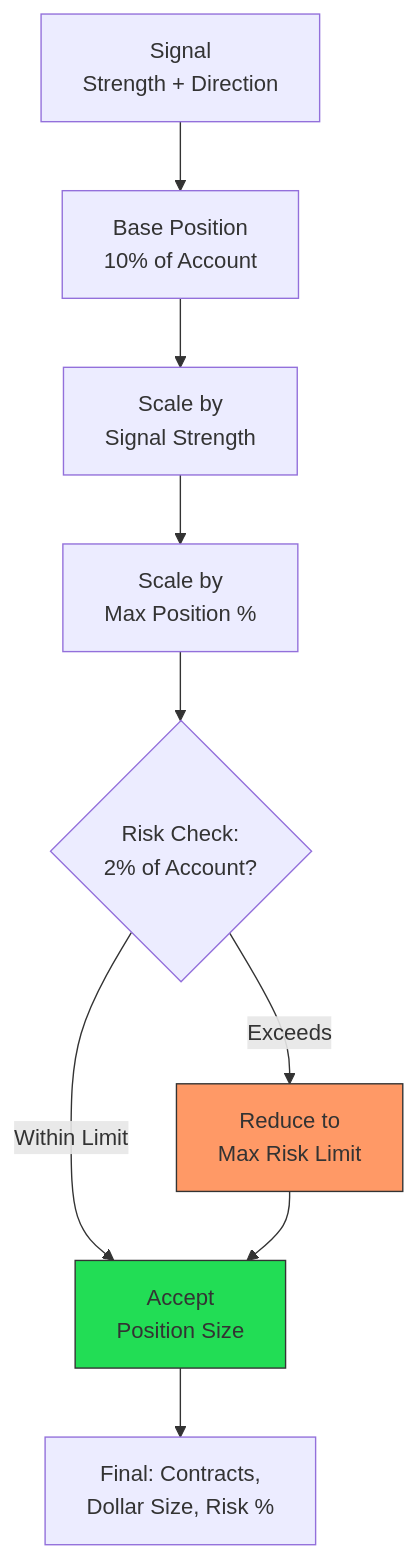
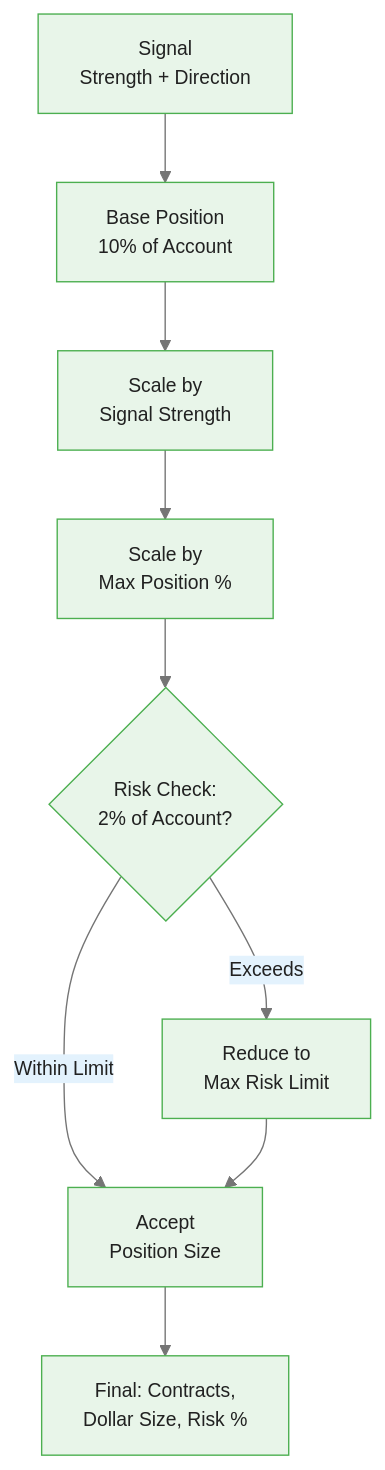
Before and after one commit to m-deane/course-creator: the fifth of 6 diagrams in courses/genai-commodities/modules/module_05_signals/guides/01_signal_frameworks_slides.md, drawn with Mermaid. The commit also changed other lines of this file and 84 other files, not shown here.

````diff
--- a/courses/genai-commodities/modules/module_05_signals/guides/01_signal_frameworks_slides.md
+++ b/courses/genai-commodities/modules/module_05_signals/guides/01_signal_frameworks_slides.md
@@ -369,16 +414,14 @@
 ```mermaid
+%%{init: {"theme": "base", "themeVariables": {"primaryColor": "#e8f5e9", "primaryBorderColor": "#4caf50", "primaryTextColor": "#212121", "secondaryColor": "#e3f2fd", "tertiaryColor": "#fff8e1", "lineColor": "#757575", "fontFamily": "Inter, sans-serif", "fontSize": "14px"}}}%%
 flowchart TD
     A[Signal<br/>Strength + Direction] --> B[Base Position<br/>10% of Account]
     B --> C[Scale by<br/>Signal Strength]
     C --> D[Scale by<br/>Max Position %]
 
     D --> E{Risk Check:<br/>2% of Account?}
     E -->|Within Limit| F[Accept<br/>Position Size]
     E -->|Exceeds| G[Reduce to<br/>Max Risk Limit]
 
     G --> F
     F --> H[Final: Contracts,<br/>Dollar Size, Risk %]
-
-    style F fill:#2d5,stroke:#333
-    style G fill:#f96,stroke:#333
 ```
````
